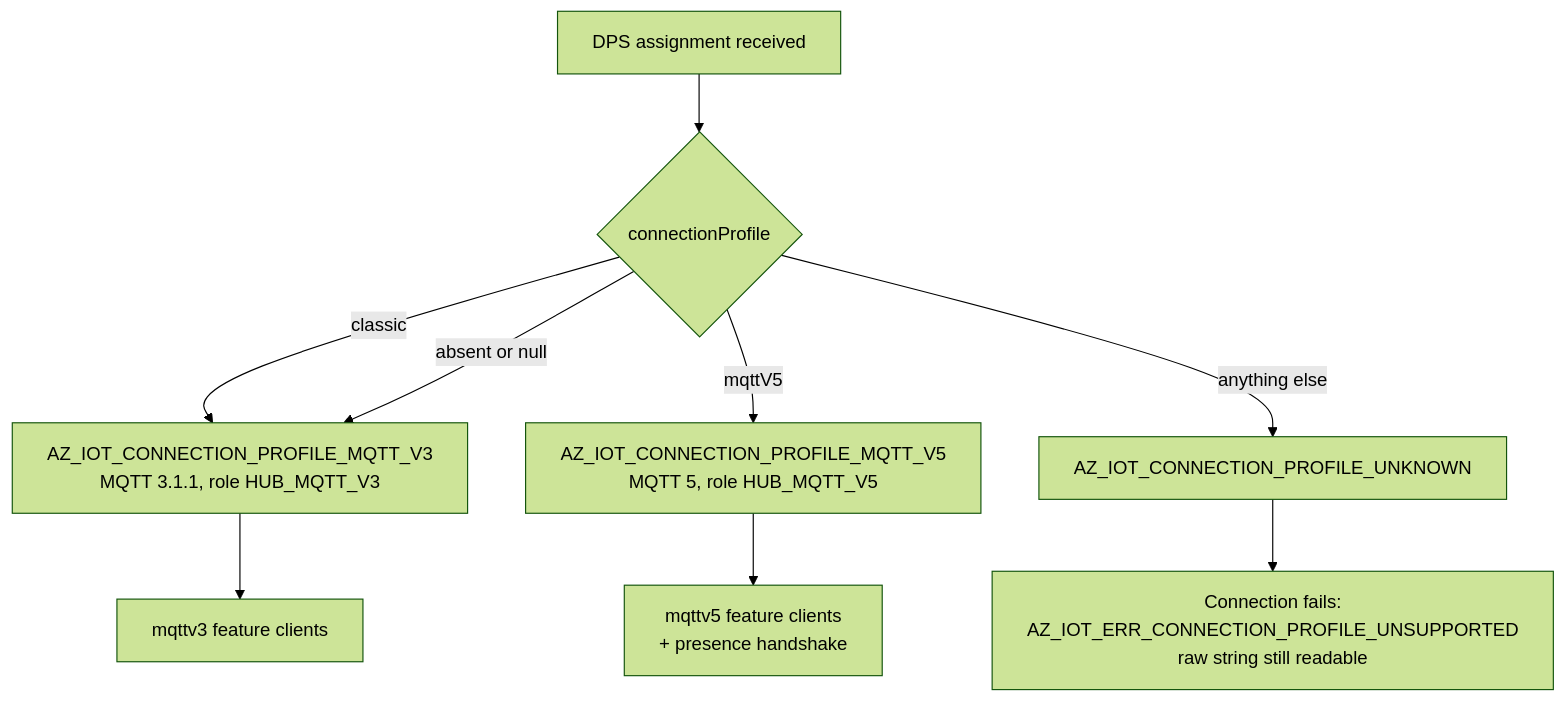
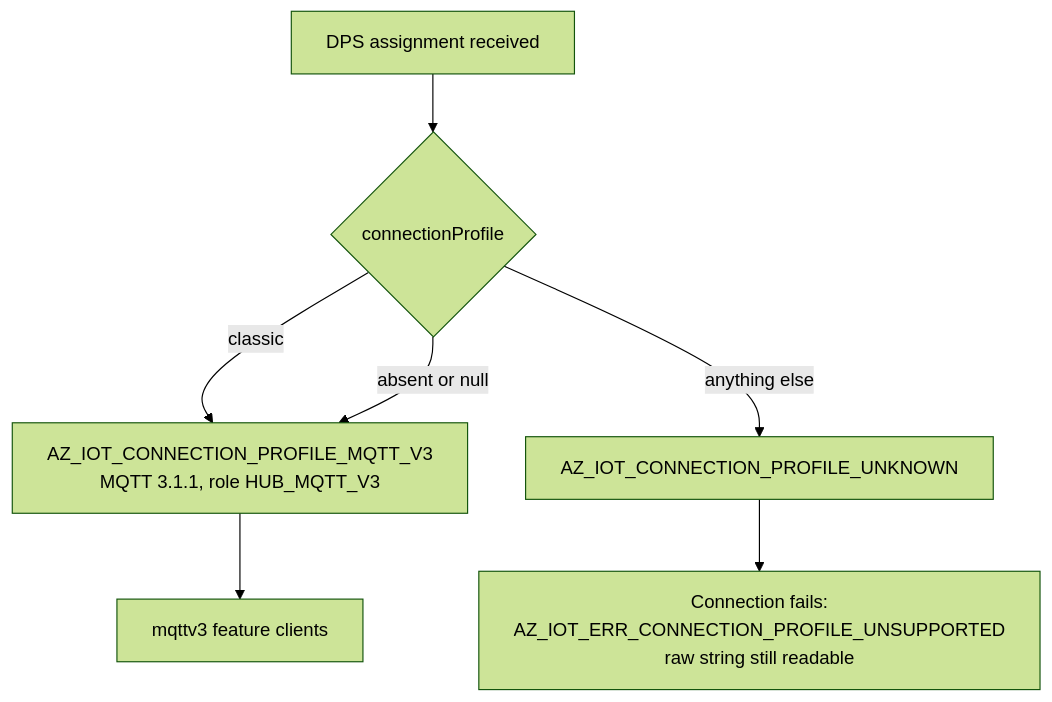
Before and after one commit to Azure/azure-iot-sdk: the fourth of 7 diagrams in c/docs/eng/connection.md, drawn with Mermaid (forest theme). The commit also changed other lines of this file and 19 other files, not shown here.

First line of the commit message:
[C] Docs: remove the mqttv5 hub

````diff
--- a/c/docs/eng/connection.md
+++ b/c/docs/eng/connection.md
@@ -277,11 +246,9 @@
 ```mermaid
 flowchart TB
     A["DPS assignment received"] --> B{"connectionProfile"}
     B -->|"classic"| C["AZ_IOT_CONNECTION_PROFILE_MQTT_V3<br/>MQTT 3.1.1, role HUB_MQTT_V3"]
     B -->|"absent or null"| C
-    B -->|"mqttV5"| D["AZ_IOT_CONNECTION_PROFILE_MQTT_V5<br/>MQTT 5, role HUB_MQTT_V5"]
     B -->|"anything else"| E["AZ_IOT_CONNECTION_PROFILE_UNKNOWN"]
     C --> F["mqttv3 feature clients"]
-    D --> G["mqttv5 feature clients<br/>+ presence handshake"]
     E --> H["Connection fails:<br/>AZ_IOT_ERR_CONNECTION_PROFILE_UNSUPPORTED<br/>raw string still readable"]
 ```
````
